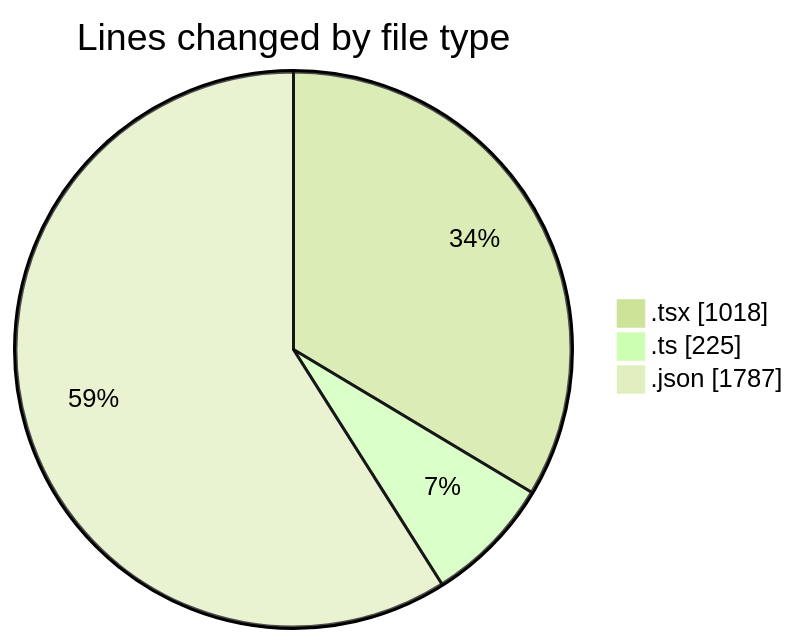
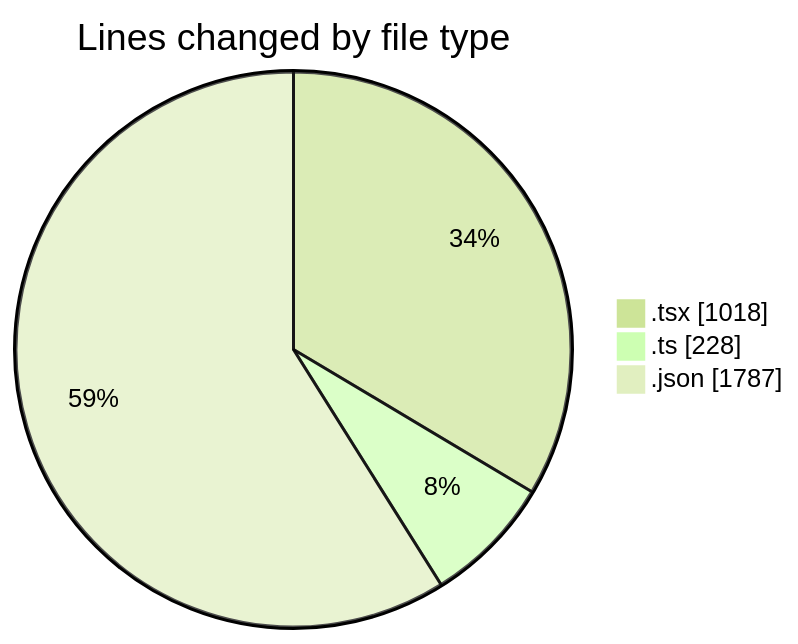
Before and after one commit to julien-gomy/code-tracking: the first of 2 diagrams in 2025-10-31/eventscop-frontend-guide__workspace_/README.md, drawn with Mermaid (forest theme). The commit also changed other lines of this file and 1 other file, not shown here.

````diff
--- a/2025-10-31/eventscop-frontend-guide__workspace_/README.md
+++ b/2025-10-31/eventscop-frontend-guide__workspace_/README.md
@@ -27,7 +27,7 @@
 ```mermaid
 pie showData
 title Lines changed by file type
 ".tsx" : 1018
-".ts" : 225
+".ts" : 228
 ".json" : 1787
 ```
````
